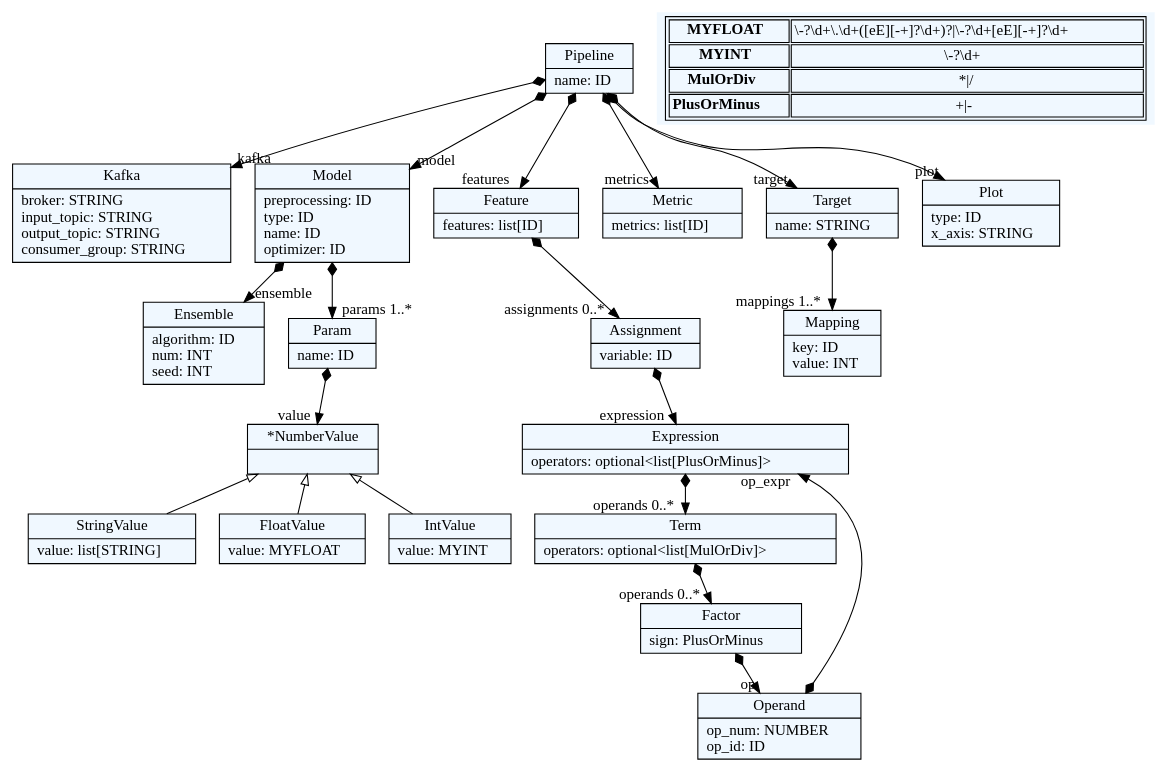
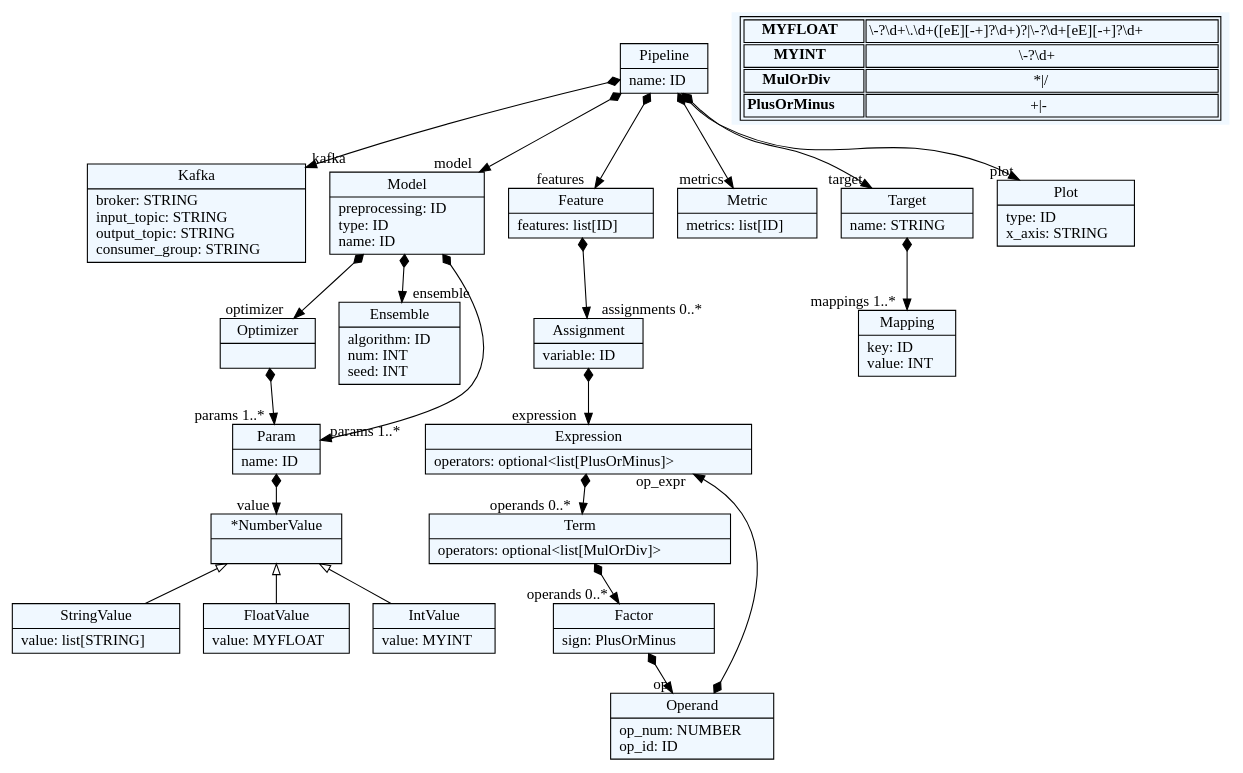
Before and after one commit to deepblue597/beaver: the diagram in penguin/penguin.dot, drawn with Graphviz. The commit also changed 8 other files, not shown here.

```diff
--- a/penguin/penguin.dot
+++ b/penguin/penguin.dot
@@ -1,89 +1,93 @@
 
     digraph textX {
     fontname = "Bitstream Vera Sans"
     fontsize = 8
     node[
         shape=record,
         style=filled,
         fillcolor=aliceblue
     ]
     nodesep = 0.3
     edge[dir=black,arrowtail=empty]
 
 
-137992188615600[ label="{Pipeline|name: ID\l}"]
+2185979730576[ label="{Pipeline|name: ID\l}"]
 
-137992186175392[ label="{Kafka|broker: STRING\linput_topic: STRING\loutput_topic: STRING\lconsumer_group: STRING\l}"]
+2185946901936[ label="{Kafka|broker: STRING\linput_topic: STRING\loutput_topic: STRING\lconsumer_group: STRING\l}"]
 
-137992186174240[ label="{Model|preprocessing: ID\ltype: ID\lname: ID\loptimizer: ID\l}"]
+2185979730624[ label="{Model|preprocessing: ID\ltype: ID\lname: ID\l}"]
 
-137992186178704[ label="{Ensemble|algorithm: ID\lnum: INT\lseed: INT\l}"]
+2185979731776[ label="{Optimizer|}"]
 
-137992186179616[ label="{Param|name: ID\l}"]
+2185979731344[ label="{Ensemble|algorithm: ID\lnum: INT\lseed: INT\l}"]
 
-137992186177408[ label="{*NumberValue|}"]
+2185979731056[ label="{Param|name: ID\l}"]
 
-137992186178560[ label="{StringValue|value: list[STRING]\l}"]
+2185979732112[ label="{*NumberValue|}"]
 
-137992186182592[ label="{FloatValue|value: MYFLOAT\l}"]
+2185979731632[ label="{StringValue|value: list[STRING]\l}"]
 
-137992186283552[ label="{IntValue|value: MYINT\l}"]
+2185979732016[ label="{FloatValue|value: MYFLOAT\l}"]
 
-137992186283600[ label="{Feature|features: list[ID]\l}"]
+2185979731584[ label="{IntValue|value: MYINT\l}"]
 
-137992186282256[ label="{Assignment|variable: ID\l}"]
+2185979732352[ label="{Feature|features: list[ID]\l}"]
 
-137992186285856[ label="{Expression|operators: optional\<list[PlusOrMinus]\>\l}"]
+2185979732448[ label="{Assignment|variable: ID\l}"]
 
-137992186283456[ label="{Term|operators: optional\<list[MulOrDiv]\>\l}"]
+2185979732544[ label="{Expression|operators: optional\<list[PlusOrMinus]\>\l}"]
 
-137992186283888[ label="{Factor|sign: PlusOrMinus\l}"]
+2185979732784[ label="{Term|operators: optional\<list[MulOrDiv]\>\l}"]
 
-137992186283840[ label="{Operand|op_num: NUMBER\lop_id: ID\l}"]
+2185979733936[ label="{Factor|sign: PlusOrMinus\l}"]
 
-137992186283936[ label="{Metric|metrics: list[ID]\l}"]
+2185979734464[ label="{Operand|op_num: NUMBER\lop_id: ID\l}"]
 
-137992186284032[ label="{Target|name: STRING\l}"]
+2185979733552[ label="{Metric|metrics: list[ID]\l}"]
 
-137992186284128[ label="{Mapping|key: ID\lvalue: INT\l}"]
+2185979734656[ label="{Target|name: STRING\l}"]
 
-137992186284272[ label="{Plot|type: ID\lx_axis: STRING\l}"]
+2185979734752[ label="{Mapping|key: ID\lvalue: INT\l}"]
+
+2185979734848[ label="{Plot|type: ID\lx_axis: STRING\l}"]
 
 
 
-137992188615600 -> 137992186175392[arrowtail=diamond, dir=both, headlabel="kafka "]
-137992188615600 -> 137992186174240[arrowtail=diamond, dir=both, headlabel="model "]
-137992188615600 -> 137992186283600[arrowtail=diamond, dir=both, headlabel="features "]
-137992188615600 -> 137992186283936[arrowtail=diamond, dir=both, headlabel="metrics "]
-137992188615600 -> 137992186284032[arrowtail=diamond, dir=both, headlabel="target "]
-137992188615600 -> 137992186284272[arrowtail=diamond, dir=both, headlabel="plot "]
-137992186174240 -> 137992186178704[arrowtail=diamond, dir=both, headlabel="ensemble "]
-137992186174240 -> 137992186179616[arrowtail=diamond, dir=both, headlabel="params 1..*"]
-137992186179616 -> 137992186177408[arrowtail=diamond, dir=both, headlabel="value "]
-137992186177408 -> 137992186182592 [dir=back]
-137992186177408 -> 137992186283552 [dir=back]
-137992186177408 -> 137992186178560 [dir=back]
-137992186283600 -> 137992186282256[arrowtail=diamond, dir=both, headlabel="assignments 0..*"]
-137992186282256 -> 137992186285856[arrowtail=diamond, dir=both, headlabel="expression "]
-137992186285856 -> 137992186283456[arrowtail=diamond, dir=both, headlabel="operands 0..*"]
-137992186283456 -> 137992186283888[arrowtail=diamond, dir=both, headlabel="operands 0..*"]
-137992186283888 -> 137992186283840[arrowtail=diamond, dir=both, headlabel="op "]
-137992186283840 -> 137992186285856[arrowtail=diamond, dir=both, headlabel="op_expr "]
-137992186284032 -> 137992186284128[arrowtail=diamond, dir=both, headlabel="mappings 1..*"]
+2185979730576 -> 2185946901936[arrowtail=diamond, dir=both, headlabel="kafka "]
+2185979730576 -> 2185979730624[arrowtail=diamond, dir=both, headlabel="model "]
+2185979730576 -> 2185979732352[arrowtail=diamond, dir=both, headlabel="features "]
+2185979730576 -> 2185979733552[arrowtail=diamond, dir=both, headlabel="metrics "]
+2185979730576 -> 2185979734656[arrowtail=diamond, dir=both, headlabel="target "]
+2185979730576 -> 2185979734848[arrowtail=diamond, dir=both, headlabel="plot "]
+2185979730624 -> 2185979731344[arrowtail=diamond, dir=both, headlabel="ensemble "]
+2185979730624 -> 2185979731056[arrowtail=diamond, dir=both, headlabel="params 1..*"]
+2185979730624 -> 2185979731776[arrowtail=diamond, dir=both, headlabel="optimizer "]
+2185979731776 -> 2185979731056[arrowtail=diamond, dir=both, headlabel="params 1..*"]
+2185979731056 -> 2185979732112[arrowtail=diamond, dir=both, headlabel="value "]
+2185979732112 -> 2185979732016 [dir=back]
+2185979732112 -> 2185979731584 [dir=back]
+2185979732112 -> 2185979731632 [dir=back]
+2185979732352 -> 2185979732448[arrowtail=diamond, dir=both, headlabel="assignments 0..*"]
+2185979732448 -> 2185979732544[arrowtail=diamond, dir=both, headlabel="expression "]
+2185979732544 -> 2185979732784[arrowtail=diamond, dir=both, headlabel="operands 0..*"]
+2185979732784 -> 2185979733936[arrowtail=diamond, dir=both, headlabel="operands 0..*"]
+2185979733936 -> 2185979734464[arrowtail=diamond, dir=both, headlabel="op "]
+2185979734464 -> 2185979732544[arrowtail=diamond, dir=both, headlabel="op_expr "]
+2185979734656 -> 2185979734752[arrowtail=diamond, dir=both, headlabel="mappings 1..*"]
 match_rules [ shape=plaintext, label=< <table>
 	<tr>
 		<td><b>MYFLOAT</b></td><td>\-?\d+\.\d+([eE][-+]?\d+)?|\-?\d+[eE][-+]?\d+</td>
 	</tr>
 	<tr>
 		<td><b>MYINT</b></td><td>\-?\d+</td>
 	</tr>
 	<tr>
 		<td><b>MulOrDiv</b></td><td>*|/</td>
 	</tr>
 	<tr>
 		<td><b>PlusOrMinus</b></td><td>+|-</td>
 	</tr>
 </table> >]
 
 
 }
```
